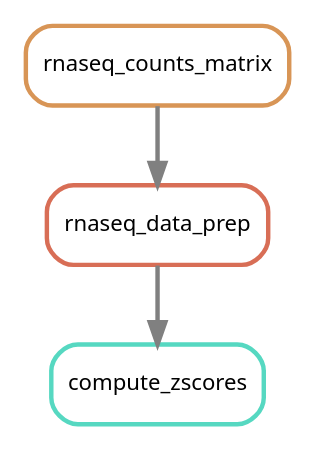
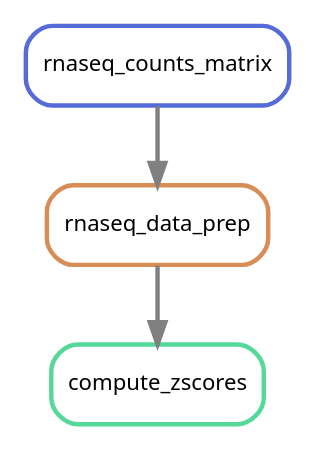
Before and after one commit to NCBI-Hackathons/Pharmacogenomics_Prediction_Pipeline_P3: the diagram in doc/source/images/zscores.dot, drawn with Graphviz. The commit also changed 25 other files, not shown here.

```diff
--- a/doc/source/images/zscores.dot
+++ b/doc/source/images/zscores.dot
@@ -1,10 +1,10 @@
 digraph snakemake_dag {
     graph[bgcolor=white, margin=0];
     node[shape=box, style=rounded, fontname=sans,                 fontsize=10, penwidth=2];
     edge[penwidth=2, color=grey];
-	0[label = "compute_zscores", color = "0.47 0.6 0.85", style="rounded"];
-	1[label = "rnaseq_counts_matrix", color = "0.08 0.6 0.85", style="rounded"];
-	2[label = "rnaseq_data_prep", color = "0.03 0.6 0.85", style="rounded"];
-	2 -> 0
-	1 -> 2
+	0[label = "compute_zscores", color = "0.42 0.6 0.85", style="rounded"];
+	1[label = "rnaseq_data_prep", color = "0.07 0.6 0.85", style="rounded"];
+	2[label = "rnaseq_counts_matrix", color = "0.64 0.6 0.85", style="rounded"];
+	1 -> 0
+	2 -> 1
 }            
```
